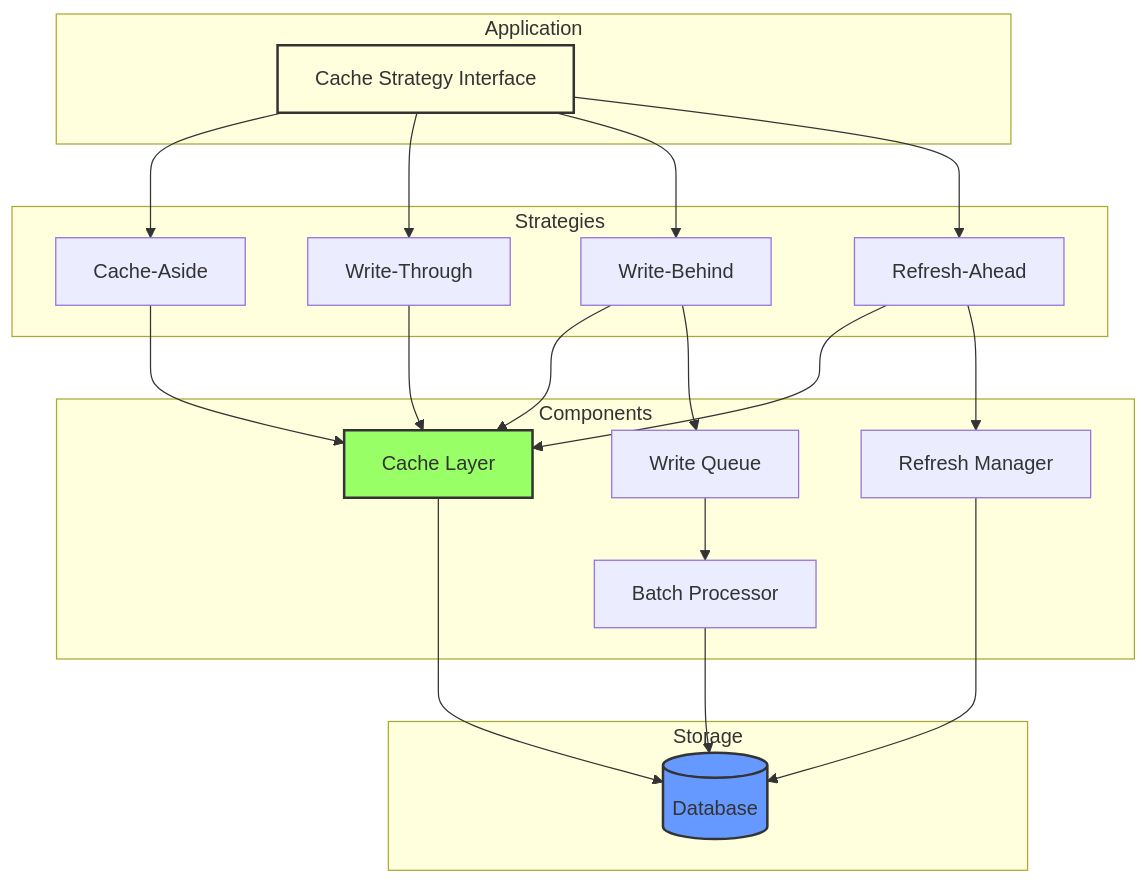
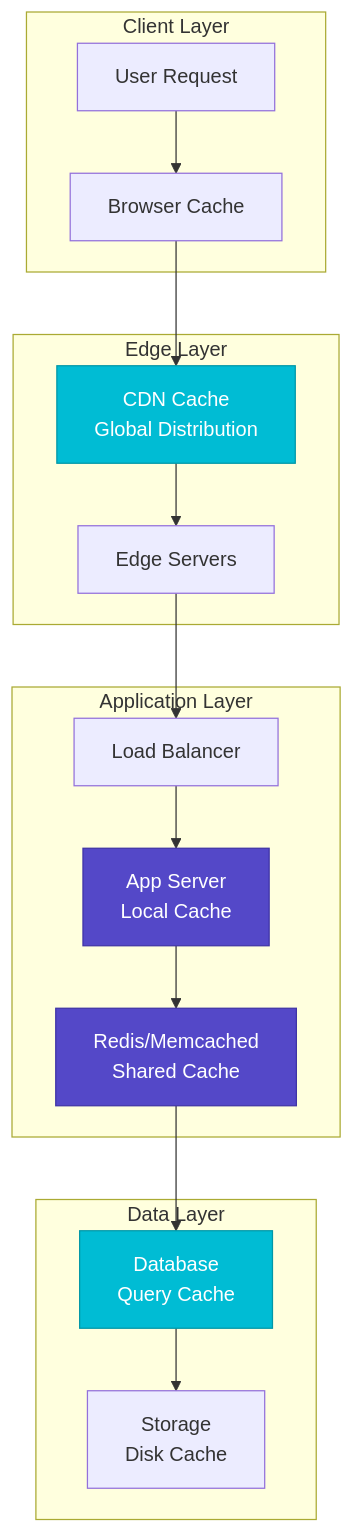
The second of 6 diagrams in docs/pattern-library/scaling/caching-strategies.md (deepaucksharma/DStudio), drawn with Mermaid before and after one commit. The commit also changed other lines of this file and 23 other files, not shown here.

````diff
--- a/docs/pattern-library/scaling/caching-strategies.md
+++ b/docs/pattern-library/scaling/caching-strategies.md
@@ -225,45 +113,38 @@
 ```mermaid
 graph TB
-    subgraph "Application"
-        A[Cache Strategy Interface]
+    subgraph "Client Layer"
+        A[User Request]
+        B[Browser Cache]
     end
     
-    subgraph "Strategies"
-        S1[Cache-Aside]
-        S2[Write-Through]
-        S3[Write-Behind]
-        S4[Refresh-Ahead]
+    subgraph "Edge Layer"
+        C[CDN Cache<br/>Global Distribution]
+        D[Edge Servers]
     end
     
-    subgraph "Components"
-        C[Cache Layer]
-        Q[Write Queue]
-        R[Refresh Manager]
-        B[Batch Processor]
+    subgraph "Application Layer"
+        E[Load Balancer]
+        F[App Server<br/>Local Cache]
+        G[Redis/Memcached<br/>Shared Cache]
     end
     
-    subgraph "Storage"
-        DB[(Database)]
+    subgraph "Data Layer"
+        H[Database<br/>Query Cache]
+        I[Storage<br/>Disk Cache]
     end
     
-    A --> S1
-    A --> S2
-    A --> S3
-    A --> S4
+    A --> B
+    B --> C
+    C --> D
+    D --> E
+    E --> F
+    F --> G
+    G --> H
+    H --> I
     
-    S1 --> C
-    S2 --> C
-    S3 --> C
-    S3 --> Q
-    S4 --> C
-    S4 --> R
+    classDef primary fill:#5448C8,stroke:#3f33a6,color:#fff
+    classDef secondary fill:#00BCD4,stroke:#0097a7,color:#fff
     
-    Q --> B
-    B --> DB
-    C --> DB
-    R --> DB
-    
-    style A fill:#ffd,stroke:#333,stroke-width:2px
-    style C fill:#9f6,stroke:#333,stroke-width:2px
-    style DB fill:#69f,stroke:#333,stroke-width:2px
+    class F,G primary
+    class C,H secondary
 ```
````
